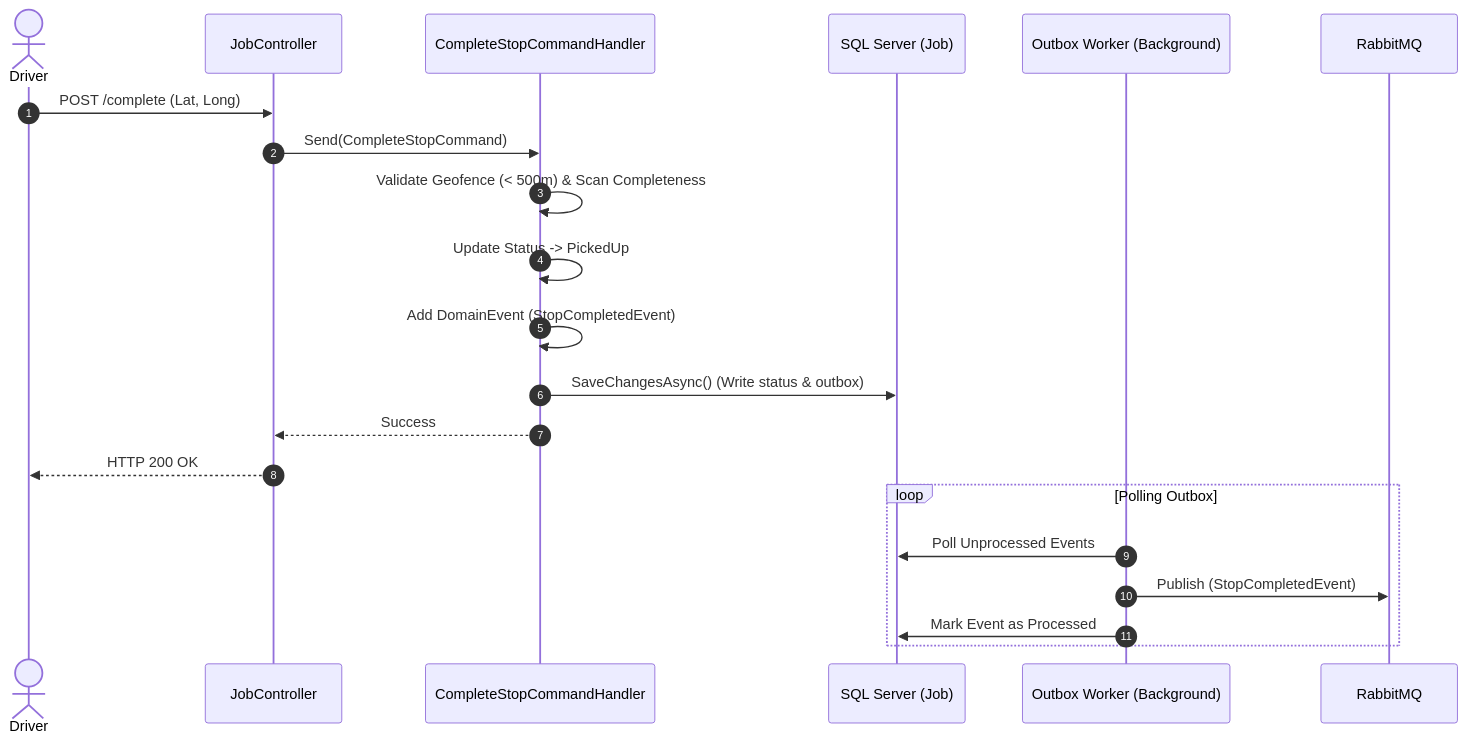
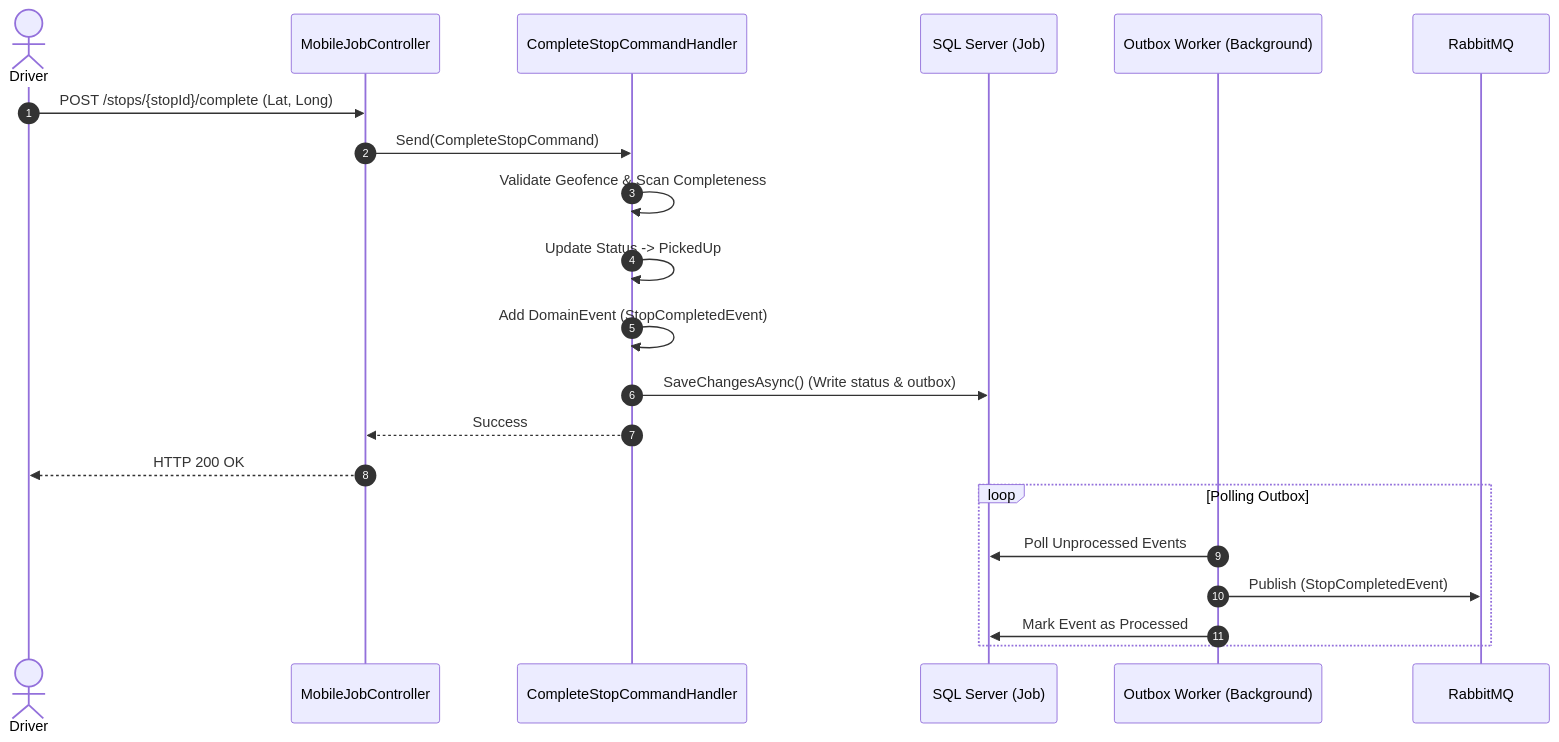
Before and after one commit to odealidj/minione-edcl-net: the sixth of 8 diagrams in docs/architecture/api-sequence-diagrams.md, drawn with Mermaid. The commit also changed other lines of this file and 15 other files, not shown here.

````diff
--- a/docs/architecture/api-sequence-diagrams.md
+++ b/docs/architecture/api-sequence-diagrams.md
@@ -210,27 +213,27 @@
 ```mermaid
 sequenceDiagram
     autonumber
     actor Driver
-    participant Ctrl as JobController
+    participant Ctrl as MobileJobController
     participant Hndl as CompleteStopCommandHandler
     participant DB as SQL Server (Job)
     participant Worker as Outbox Worker (Background)
     participant Broker as RabbitMQ
 
-    Driver->>Ctrl: POST /complete (Lat, Long)
+    Driver->>Ctrl: POST /stops/{stopId}/complete (Lat, Long)
     Ctrl->>Hndl: Send(CompleteStopCommand)
     
-    Hndl->>Hndl: Validate Geofence (< 500m) & Scan Completeness
+    Hndl->>Hndl: Validate Geofence & Scan Completeness
     Hndl->>Hndl: Update Status -> PickedUp
     Hndl->>Hndl: Add DomainEvent (StopCompletedEvent)
     Hndl->>DB: SaveChangesAsync() (Write status & outbox)
     
     Hndl-->>Ctrl: Success
     Ctrl-->>Driver: HTTP 200 OK
     
     loop Polling Outbox
         Worker->>DB: Poll Unprocessed Events
         Worker->>Broker: Publish (StopCompletedEvent)
         Worker->>DB: Mark Event as Processed
     end
 ```
````
